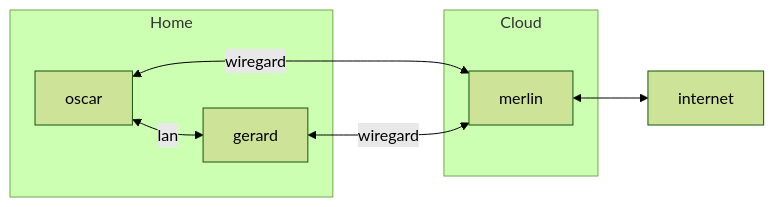
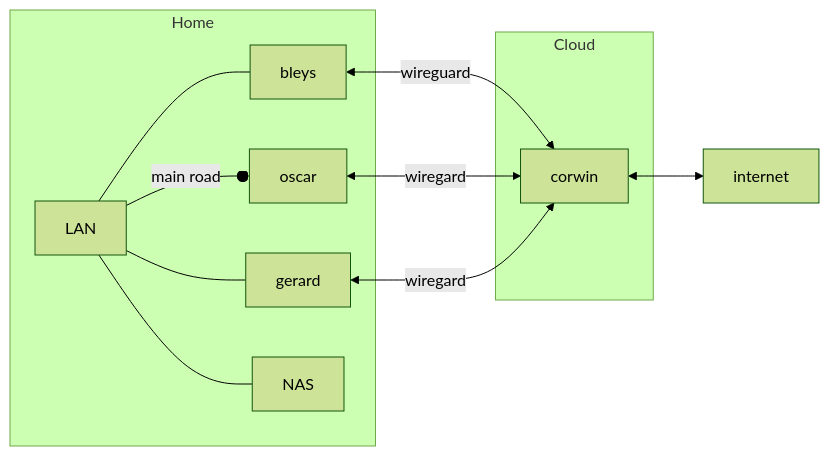
The diagram in README.md (vincentDcmps/homelab), drawn with Mermaid (forest theme) before and after one commit.

````diff
--- a/README.md
+++ b/README.md
@@ -23,15 +23,22 @@
 ```mermaid
 flowchart LR
   subgraph Home
+  bleys[bleys]
   oscar[oscar]
   gerard[gerard]
+  LAN
+  NAS
   end
   subgraph Cloud
-  merlin[merlin]
+  corwin[corwin]
   end
-  oscar <--lan--> gerard
-  oscar <--wiregard--> merlin
-  gerard <--wiregard--> merlin
-  merlin <--> internet 
+  LAN--main road--ooscar
+  LAN --- bleys
+  LAN --- gerard
+  LAN --- NAS
+  bleys <--wireguard--> corwin
+  oscar <--wiregard--> corwin
+  gerard <--wiregard--> corwin
+  corwin <--> internet 
   
 ```
````
